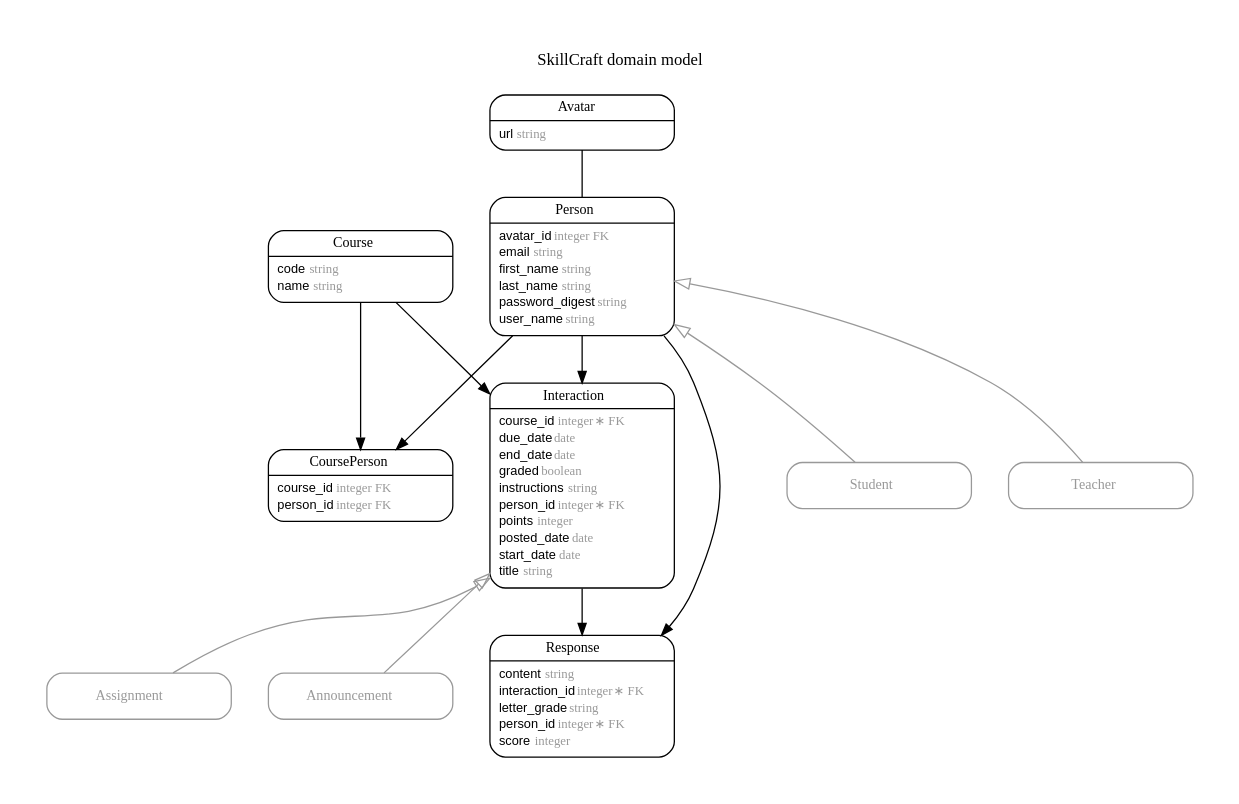
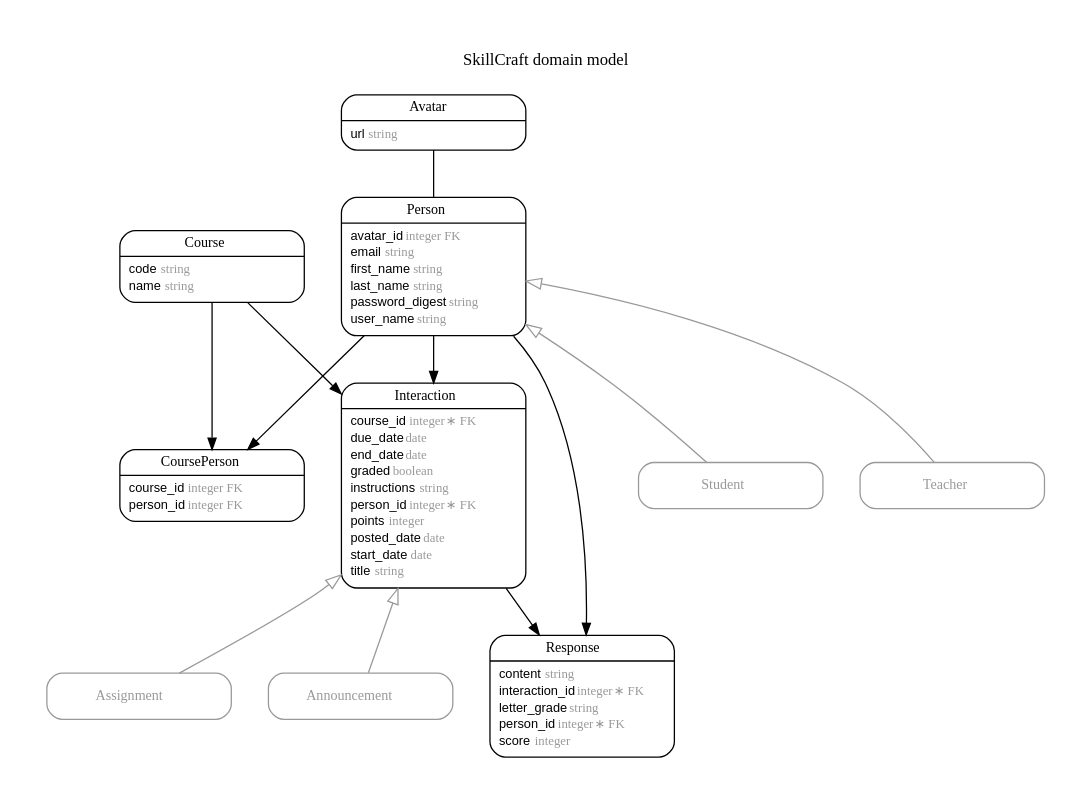
The diagram in erd.dot (FergusDevelopmentLLC/skillcraft), drawn with Graphviz before and after one commit. The commit also changed 5 other files, not shown here.

```diff
--- a/erd.dot
+++ b/erd.dot
@@ -1,111 +1,111 @@
 digraph SkillCraft {
 rankdir = "LR";
 ranksep = "0.5";
 nodesep = "0.4";
 pad = "0.4,0.4";
 margin = "0,0";
 concentrate = "true";
 labelloc = "t";
 fontsize = "13";
 fontname = "Arial Bold";
 splines = "spline";
 node[ shape  =  "Mrecord" , fontsize  =  "10" , fontname  =  "Arial" , margin  =  "0.07,0.05" , penwidth  =  "1.0"];
 edge[ fontname  =  "Arial" , fontsize  =  "7" , dir  =  "both" , arrowsize  =  "0.9" , penwidth  =  "1.0" , labelangle  =  "32" , labeldistance  =  "1.8"];
 rankdir = "TB";
 label = "SkillCraft domain model\n\n";
 m_Announcement [color = "grey60", fontcolor = "grey60", label = <{<table border="0" align="center" cellspacing="0.5" cellpadding="0" width="134">
   <tr><td align="center" valign="bottom" width="130"><font face="Arial Bold" point-size="11">Announcement</font></td></tr>
 </table>
 }>];
 m_Assignment [color = "grey60", fontcolor = "grey60", label = <{<table border="0" align="center" cellspacing="0.5" cellpadding="0" width="134">
   <tr><td align="center" valign="bottom" width="130"><font face="Arial Bold" point-size="11">Assignment</font></td></tr>
 </table>
 }>];
 m_Avatar [label = <{<table border="0" align="center" cellspacing="0.5" cellpadding="0" width="134">
   <tr><td align="center" valign="bottom" width="130"><font face="Arial Bold" point-size="11">Avatar</font></td></tr>
 </table>
 |
 <table border="0" align="left" cellspacing="2" cellpadding="0" width="134">
   <tr><td align="left" width="130" port="url">url <font face="Arial Italic" color="grey60">string</font></td></tr>
 </table>
 }>];
 m_Course [label = <{<table border="0" align="center" cellspacing="0.5" cellpadding="0" width="134">
   <tr><td align="center" valign="bottom" width="130"><font face="Arial Bold" point-size="11">Course</font></td></tr>
 </table>
 |
 <table border="0" align="left" cellspacing="2" cellpadding="0" width="134">
   <tr><td align="left" width="130" port="code">code <font face="Arial Italic" color="grey60">string</font></td></tr>
   <tr><td align="left" width="130" port="name">name <font face="Arial Italic" color="grey60">string</font></td></tr>
 </table>
 }>];
 m_CoursePerson [label = <{<table border="0" align="center" cellspacing="0.5" cellpadding="0" width="134">
   <tr><td align="center" valign="bottom" width="130"><font face="Arial Bold" point-size="11">CoursePerson</font></td></tr>
 </table>
 |
 <table border="0" align="left" cellspacing="2" cellpadding="0" width="134">
   <tr><td align="left" width="130" port="course_id">course_id <font face="Arial Italic" color="grey60">integer FK</font></td></tr>
   <tr><td align="left" width="130" port="person_id">person_id <font face="Arial Italic" color="grey60">integer FK</font></td></tr>
 </table>
 }>];
 m_Interaction [label = <{<table border="0" align="center" cellspacing="0.5" cellpadding="0" width="134">
   <tr><td align="center" valign="bottom" width="130"><font face="Arial Bold" point-size="11">Interaction</font></td></tr>
 </table>
 |
 <table border="0" align="left" cellspacing="2" cellpadding="0" width="134">
   <tr><td align="left" width="130" port="course_id">course_id <font face="Arial Italic" color="grey60">integer ∗ FK</font></td></tr>
   <tr><td align="left" width="130" port="due_date">due_date <font face="Arial Italic" color="grey60">date</font></td></tr>
   <tr><td align="left" width="130" port="end_date">end_date <font face="Arial Italic" color="grey60">date</font></td></tr>
   <tr><td align="left" width="130" port="graded">graded <font face="Arial Italic" color="grey60">boolean</font></td></tr>
   <tr><td align="left" width="130" port="instructions">instructions <font face="Arial Italic" color="grey60">string</font></td></tr>
   <tr><td align="left" width="130" port="person_id">person_id <font face="Arial Italic" color="grey60">integer ∗ FK</font></td></tr>
   <tr><td align="left" width="130" port="points">points <font face="Arial Italic" color="grey60">integer</font></td></tr>
   <tr><td align="left" width="130" port="posted_date">posted_date <font face="Arial Italic" color="grey60">date</font></td></tr>
   <tr><td align="left" width="130" port="start_date">start_date <font face="Arial Italic" color="grey60">date</font></td></tr>
   <tr><td align="left" width="130" port="title">title <font face="Arial Italic" color="grey60">string</font></td></tr>
 </table>
 }>];
 m_Person [label = <{<table border="0" align="center" cellspacing="0.5" cellpadding="0" width="134">
   <tr><td align="center" valign="bottom" width="130"><font face="Arial Bold" point-size="11">Person</font></td></tr>
 </table>
 |
 <table border="0" align="left" cellspacing="2" cellpadding="0" width="134">
   <tr><td align="left" width="130" port="avatar_id">avatar_id <font face="Arial Italic" color="grey60">integer FK</font></td></tr>
   <tr><td align="left" width="130" port="email">email <font face="Arial Italic" color="grey60">string</font></td></tr>
   <tr><td align="left" width="130" port="first_name">first_name <font face="Arial Italic" color="grey60">string</font></td></tr>
   <tr><td align="left" width="130" port="last_name">last_name <font face="Arial Italic" color="grey60">string</font></td></tr>
   <tr><td align="left" width="130" port="password_digest">password_digest <font face="Arial Italic" color="grey60">string</font></td></tr>
   <tr><td align="left" width="130" port="user_name">user_name <font face="Arial Italic" color="grey60">string</font></td></tr>
 </table>
 }>];
 m_Response [label = <{<table border="0" align="center" cellspacing="0.5" cellpadding="0" width="134">
   <tr><td align="center" valign="bottom" width="130"><font face="Arial Bold" point-size="11">Response</font></td></tr>
 </table>
 |
 <table border="0" align="left" cellspacing="2" cellpadding="0" width="134">
   <tr><td align="left" width="130" port="content">content <font face="Arial Italic" color="grey60">string</font></td></tr>
   <tr><td align="left" width="130" port="interaction_id">interaction_id <font face="Arial Italic" color="grey60">integer ∗ FK</font></td></tr>
   <tr><td align="left" width="130" port="letter_grade">letter_grade <font face="Arial Italic" color="grey60">string</font></td></tr>
   <tr><td align="left" width="130" port="person_id">person_id <font face="Arial Italic" color="grey60">integer ∗ FK</font></td></tr>
   <tr><td align="left" width="130" port="score">score <font face="Arial Italic" color="grey60">integer</font></td></tr>
 </table>
 }>];
 m_Student [color = "grey60", fontcolor = "grey60", label = <{<table border="0" align="center" cellspacing="0.5" cellpadding="0" width="134">
   <tr><td align="center" valign="bottom" width="130"><font face="Arial Bold" point-size="11">Student</font></td></tr>
 </table>
 }>];
 m_Teacher [color = "grey60", fontcolor = "grey60", label = <{<table border="0" align="center" cellspacing="0.5" cellpadding="0" width="134">
   <tr><td align="center" valign="bottom" width="130"><font face="Arial Bold" point-size="11">Teacher</font></td></tr>
 </table>
 }>];
   m_Interaction -> m_Announcement [color = "grey60", arrowtail = "onormal", arrowhead = "none", arrowsize = "1.2"];
   m_Interaction -> m_Assignment [color = "grey60", arrowtail = "onormal", arrowhead = "none", arrowsize = "1.2"];
   m_Person -> m_Student [color = "grey60", arrowtail = "onormal", arrowhead = "none", arrowsize = "1.2"];
   m_Person -> m_Teacher [color = "grey60", arrowtail = "onormal", arrowhead = "none", arrowsize = "1.2"];
+  m_Person -> m_Response [arrowhead = "normal", arrowtail = "none", weight = "4"];
+  m_Person -> m_Interaction [arrowhead = "normal", arrowtail = "none", weight = "6"];
   m_Person -> m_CoursePerson [arrowhead = "normal", arrowtail = "none", weight = "4"];
   m_Avatar -> m_Person [arrowhead = "none", arrowtail = "none", weight = "4"];
   m_Course -> m_Interaction [arrowhead = "normal", arrowtail = "none", weight = "4"];
-  m_Person -> m_Interaction [arrowhead = "normal", arrowtail = "none", weight = "3"];
   m_Interaction -> m_Response [arrowhead = "normal", arrowtail = "none", weight = "4"];
   m_Course -> m_CoursePerson [arrowhead = "normal", arrowtail = "none", weight = "2"];
-  m_Person -> m_Response [arrowhead = "normal", arrowtail = "none", weight = "1"];
 }
```
